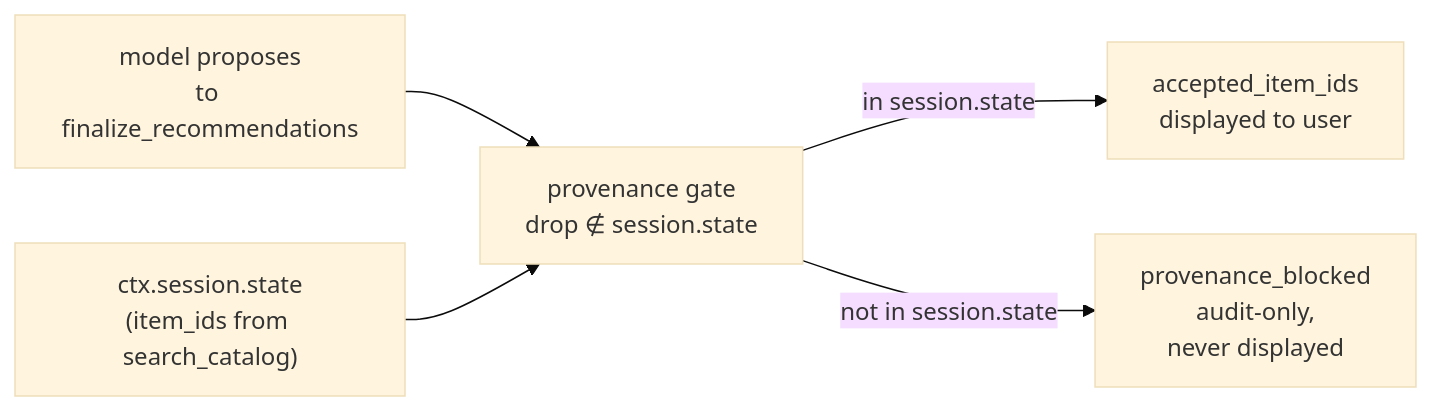
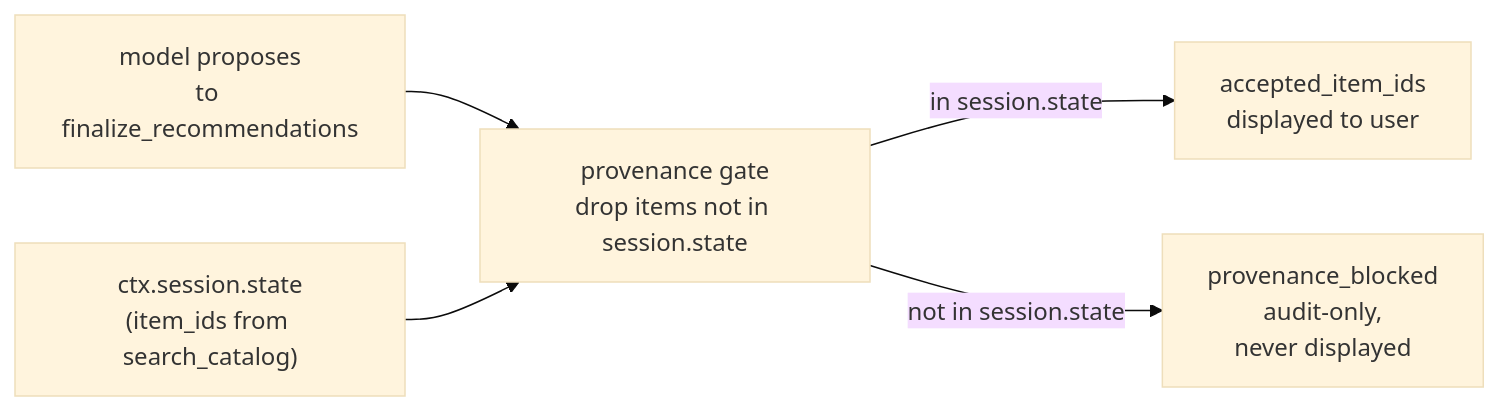
One commit to rajasingh012/retail-concierge changed the fifth of 5 diagrams in architecture.md. Above: the diagram before and after it, drawn with Mermaid (base theme). The commit also changed other lines of this file, not shown here.

First line of the commit message:
docs(architecture): annotate VEC_INDEX_META sidecar, drop unicode glyph in #5

````diff
--- a/architecture.md
+++ b/architecture.md
@@ -252,13 +257,13 @@
 ```mermaid
 flowchart LR
   proposed["model proposes<br/>to finalize_recommendations"]
   state["ctx.session.state<br/>(item_ids from search_catalog)"]
-  gate["provenance gate<br/>drop ∉ session.state"]
+  gate["provenance gate<br/>drop items not in session.state"]
   accepted["accepted_item_ids<br/>displayed to user"]
   blocked["provenance_blocked<br/>audit-only,<br/>never displayed"]
 
   proposed --> gate
   state --> gate
   gate -- "in session.state" --> accepted
   gate -- "not in session.state" --> blocked
 ```
````
